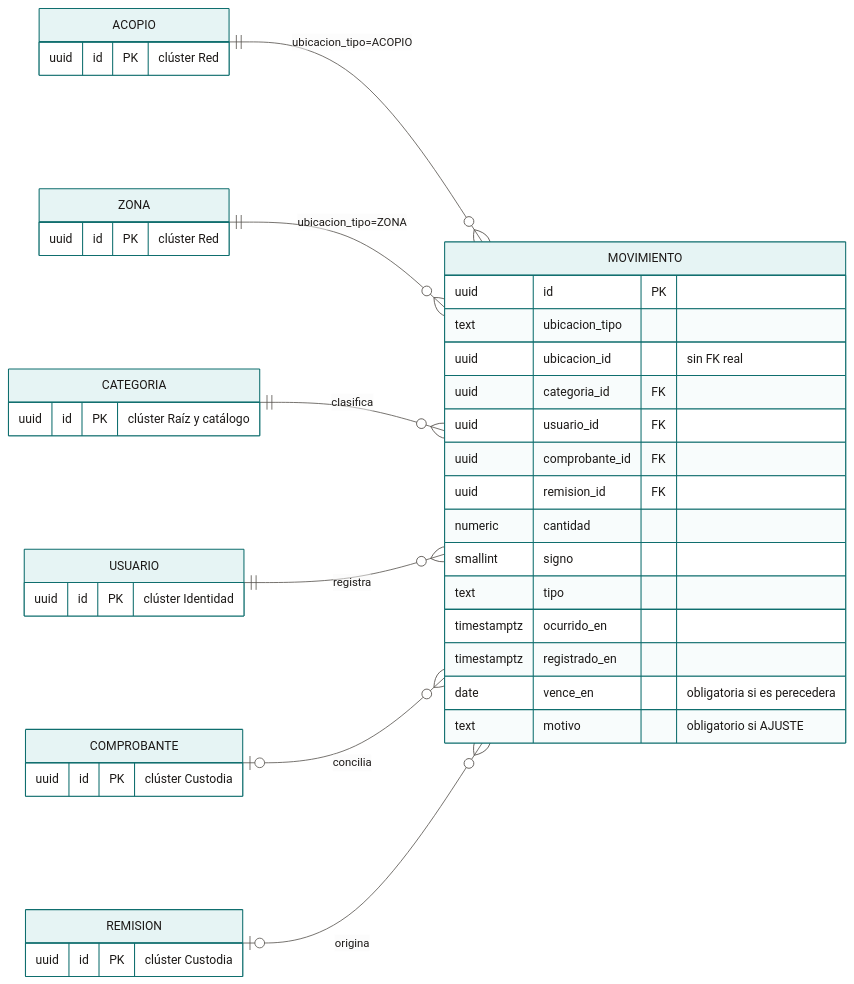
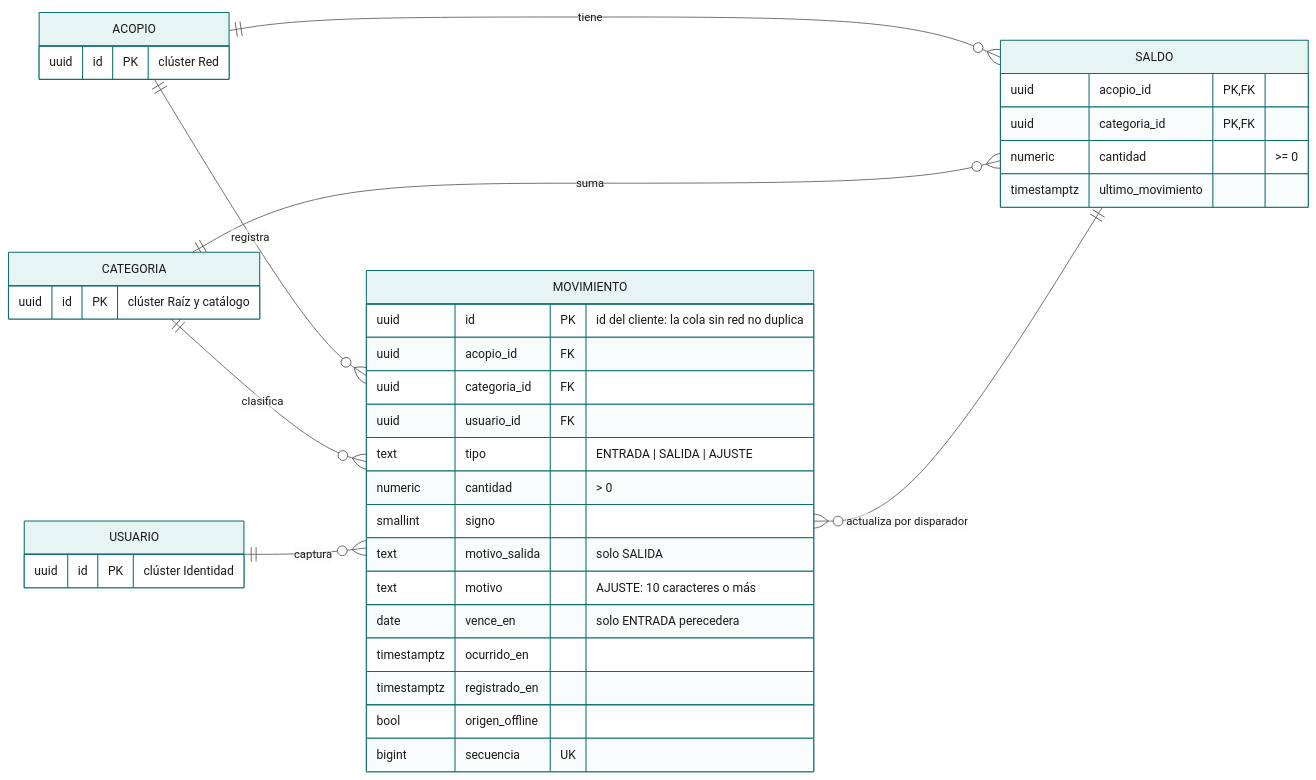
Before and after one commit to Proyecto-IngSoftware/acopio: the diagram in docs/02-arquitectura/diagramas/mmd/er-03a-existencias-el-nucleo.mmd, drawn with Mermaid. The commit also changed 62 other files, not shown here.

```diff
--- a/docs/02-arquitectura/diagramas/mmd/er-03a-existencias-el-nucleo.mmd
+++ b/docs/02-arquitectura/diagramas/mmd/er-03a-existencias-el-nucleo.mmd
@@ -1,44 +1,41 @@
 %%{init: {"theme":"base","themeVariables":{"fontFamily":"Inter, Segoe UI, Arial, sans-serif","fontSize":"15px","primaryColor":"#E6F4F4","primaryTextColor":"#1C1917","primaryBorderColor":"#0F6E6E","secondaryColor":"#C7E8E8","tertiaryColor":"#FAFAF9","lineColor":"#57534E","textColor":"#1C1917","mainBkg":"#E6F4F4","nodeBorder":"#0F6E6E","clusterBkg":"#F5F5F4","clusterBorder":"#A8A29E","edgeLabelBackground":"#FFFFFF","attributeBackgroundColorOdd":"#FFFFFF","attributeBackgroundColorEven":"#F5F5F4"},"er":{"useMaxWidth":false},"flowchart":{"useMaxWidth":false,"htmlLabels":true,"curve":"basis"}}}%%
 erDiagram
     direction LR
-    ACOPIO ||--o{ MOVIMIENTO : "ubicacion_tipo=ACOPIO"
-    ZONA   ||--o{ MOVIMIENTO : "ubicacion_tipo=ZONA"
+    ACOPIO ||--o{ MOVIMIENTO : registra
     CATEGORIA ||--o{ MOVIMIENTO : clasifica
-    USUARIO ||--o{ MOVIMIENTO : registra
-    COMPROBANTE |o--o{ MOVIMIENTO : concilia
-    REMISION    |o--o{ MOVIMIENTO : origina
+    USUARIO ||--o{ MOVIMIENTO : captura
+    ACOPIO ||--o{ SALDO : tiene
+    CATEGORIA ||--o{ SALDO : suma
+    MOVIMIENTO }o--|| SALDO : "actualiza por disparador"
 
     ACOPIO {
-        uuid id PK "clúster Red"
-    }
-    ZONA {
         uuid id PK "clúster Red"
     }
     CATEGORIA {
         uuid id PK "clúster Raíz y catálogo"
     }
     USUARIO {
         uuid id PK "clúster Identidad"
     }
-    COMPROBANTE {
-        uuid id PK "clúster Custodia"
-    }
-    REMISION {
-        uuid id PK "clúster Custodia"
-    }
     MOVIMIENTO {
-        uuid id PK
-        text ubicacion_tipo
-        uuid ubicacion_id "sin FK real"
+        uuid id PK "id del cliente: la cola sin red no duplica"
+        uuid acopio_id FK
         uuid categoria_id FK
         uuid usuario_id FK
-        uuid comprobante_id FK
-        uuid remision_id FK
-        numeric cantidad
+        text tipo "ENTRADA | SALIDA | AJUSTE"
+        numeric cantidad "> 0"
         smallint signo
-        text tipo
+        text motivo_salida "solo SALIDA"
+        text motivo "AJUSTE: 10 caracteres o más"
+        date vence_en "solo ENTRADA perecedera"
         timestamptz ocurrido_en
         timestamptz registrado_en
-        date vence_en "obligatoria si es perecedera"
-        text motivo "obligatorio si AJUSTE"
+        bool origen_offline
+        bigint secuencia UK
     }
+    SALDO {
+        uuid acopio_id PK,FK
+        uuid categoria_id PK,FK
+        numeric cantidad ">= 0"
+        timestamptz ultimo_movimiento
+    }
```
